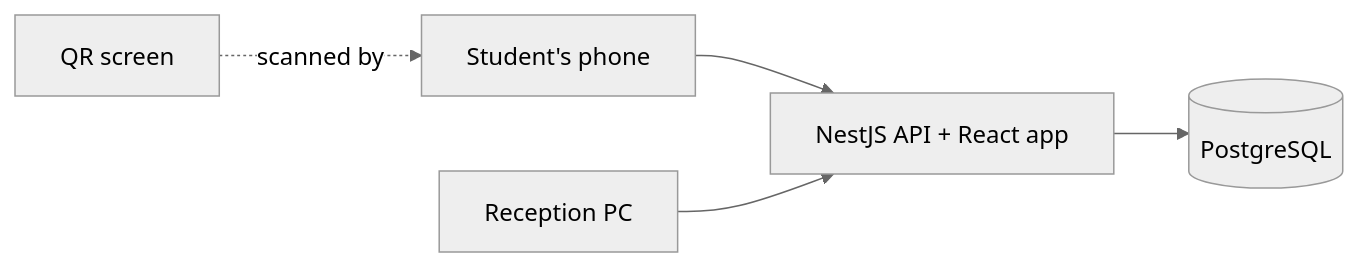
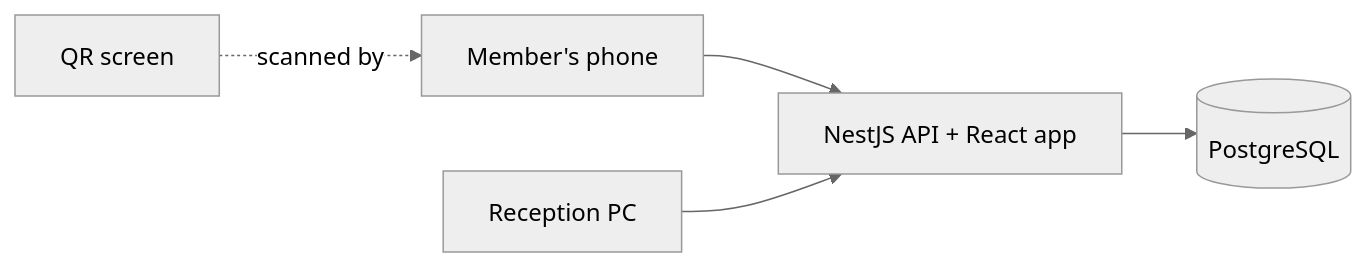
One commit to barrosw5/gym-checkin changed the diagram in README.md. Above: the diagram before and after it, drawn with Mermaid (neutral theme). The commit also changed other lines of this file and 45 other files, not shown here.

````diff
--- a/README.md
+++ b/README.md
@@ -43,7 +43,7 @@
 ```mermaid
 flowchart LR
-  phone["Student's phone"] --> app
+  phone["Member's phone"] --> app
   desk["Reception PC"] --> app
   screen["QR screen"] -. scanned by .-> phone
   app["NestJS API + React app"] --> db[("PostgreSQL")]
 ```
````
